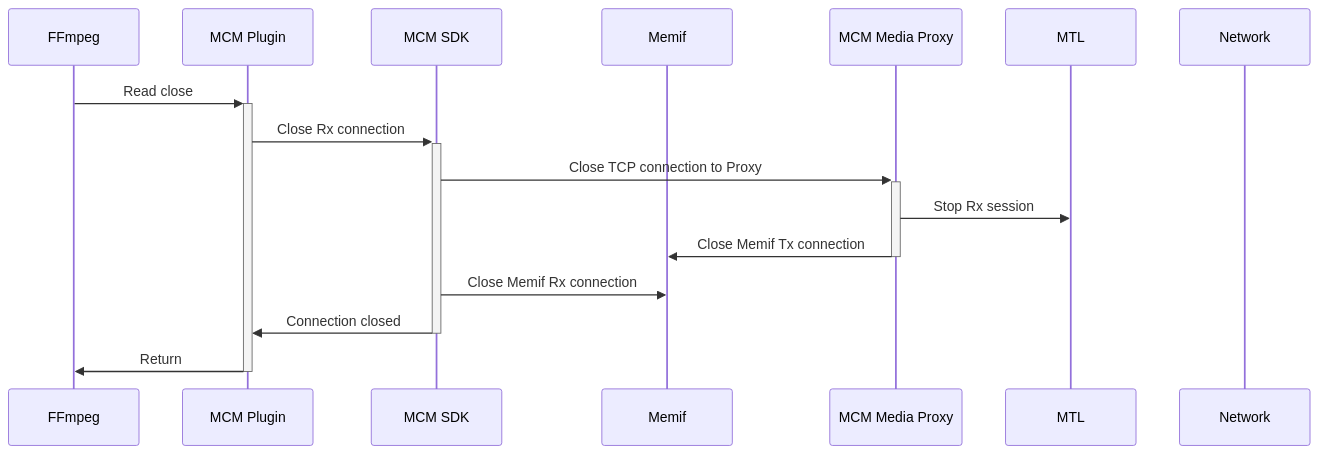
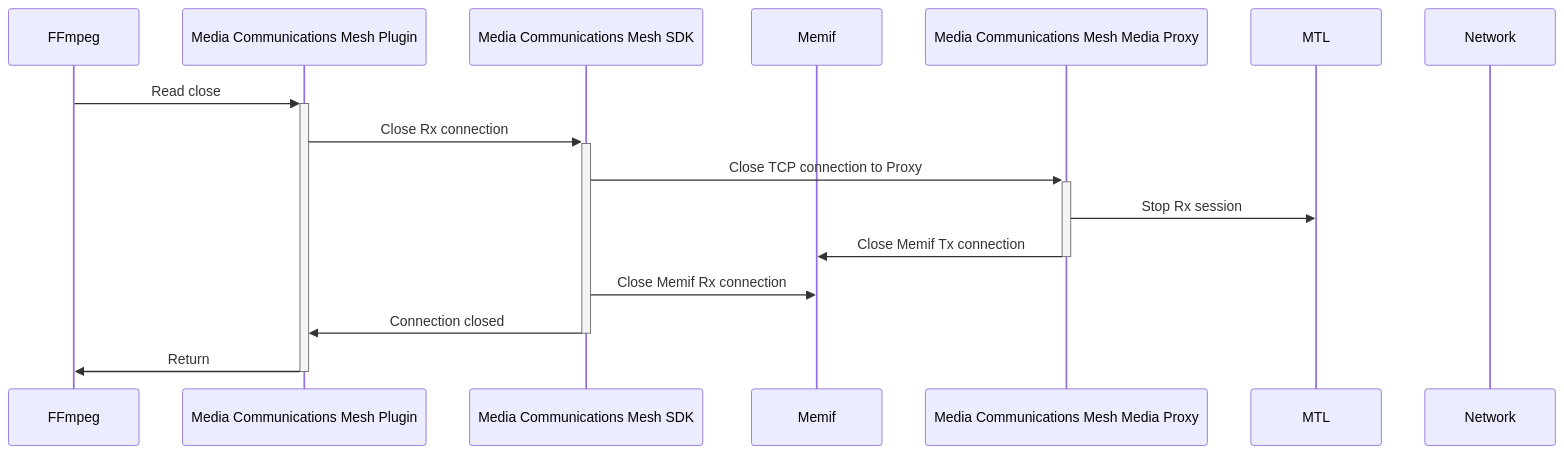
Before and after one commit to OpenVisualCloud/Media-Communications-Mesh: the fourth of 4 diagrams in ffmpeg-plugin/RX_FLOW.md, drawn with Mermaid. The commit also changed other lines of this file and 14 other files, not shown here.

````diff
--- a/ffmpeg-plugin/RX_FLOW.md
+++ b/ffmpeg-plugin/RX_FLOW.md
@@ -87,19 +87,19 @@
 ```mermaid
 sequenceDiagram
    participant ffmpeg as FFmpeg
-   participant mux as MCM Plugin
-   participant sdk as MCM SDK
+   participant mux as Media Communications Mesh Plugin
+   participant sdk as Media Communications Mesh SDK
    participant memif as Memif
-   participant proxy as MCM Media Proxy
+   participant proxy as Media Communications Mesh Media Proxy
    participant mtl as MTL
    participant network as Network
 
    ffmpeg ->>+ mux: Read close
    mux ->>+ sdk: Close Rx connection
    sdk ->>+ proxy: Close TCP connection to Proxy
    proxy ->> mtl: Stop Rx session
    proxy ->>- memif: Close Memif Tx connection
    sdk ->> memif: Close Memif Rx connection
    sdk ->>- mux: Connection closed
    mux ->>- ffmpeg: Return
 ```
````
